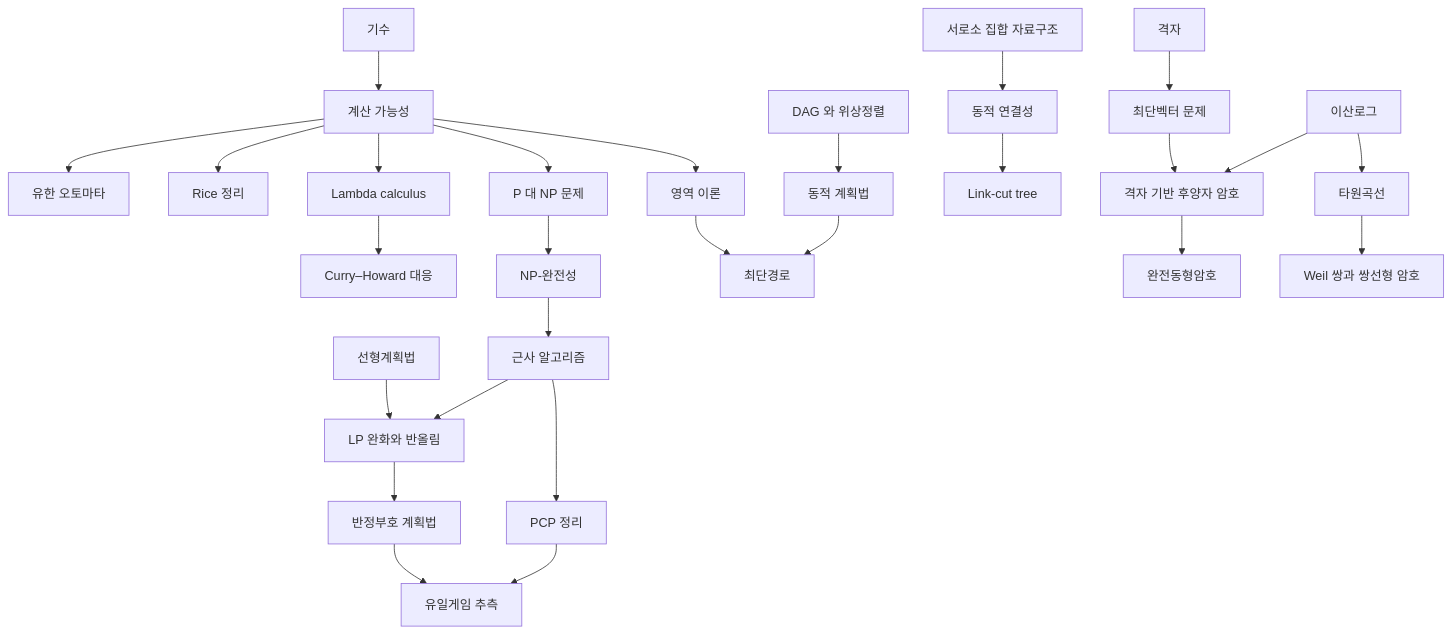
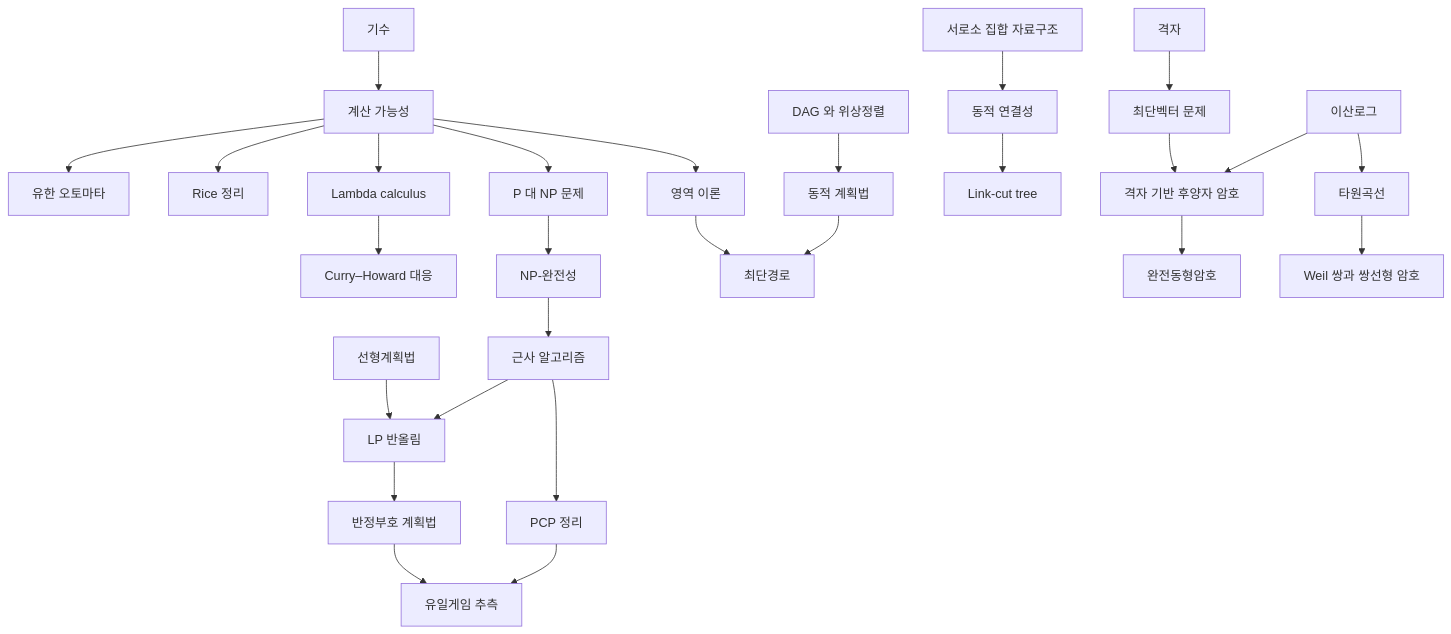
One commit to Phryxia/math-map changed the diagram in docs/computation-overview.md. Above: the diagram before and after it, drawn with Mermaid. The commit also changed other lines of this file and 5 other files, not shown here.

````diff
--- a/docs/computation-overview.md
+++ b/docs/computation-overview.md
@@ -13,29 +13,29 @@
 ```mermaid
 graph TD
   CA["기수"] --> CB["계산 가능성"]
   CB --> FA["유한 오토마타"]
   CB --> RT["Rice 정리"]
   CB --> LC["Lambda calculus"]
   CB --> DT["영역 이론"]
   LC --> CH["Curry–Howard 대응"]
   CB --> PN["P 대 NP 문제"]
   PN --> NPC["NP-완전성"]
   NPC --> AA["근사 알고리즘"]
-  AA --> LPR["LP 완화와 반올림"]
+  AA --> LPR["LP 반올림"]
   AA --> PCP["PCP 정리"]
   PCP --> UG["유일게임 추측"]
   LP["선형계획법"] --> LPR
   LPR --> SDP["반정부호 계획법"]
   SDP --> UG
   DAG["DAG 와 위상정렬"] --> DP["동적 계획법"]
   DP --> SP["최단경로"]
   DT --> SP
   UF["서로소 집합 자료구조"] --> DC["동적 연결성"]
   DC --> LCT["Link-cut tree"]
   DL["이산로그"] --> PQ["격자 기반 후양자 암호"]
   LA["격자"] --> SVP["최단벡터 문제"]
   SVP --> PQ
   PQ --> HE["완전동형암호"]
   DL --> EC["타원곡선"]
   EC --> PBC["Weil 쌍과 쌍선형 암호"]
 ```
````
